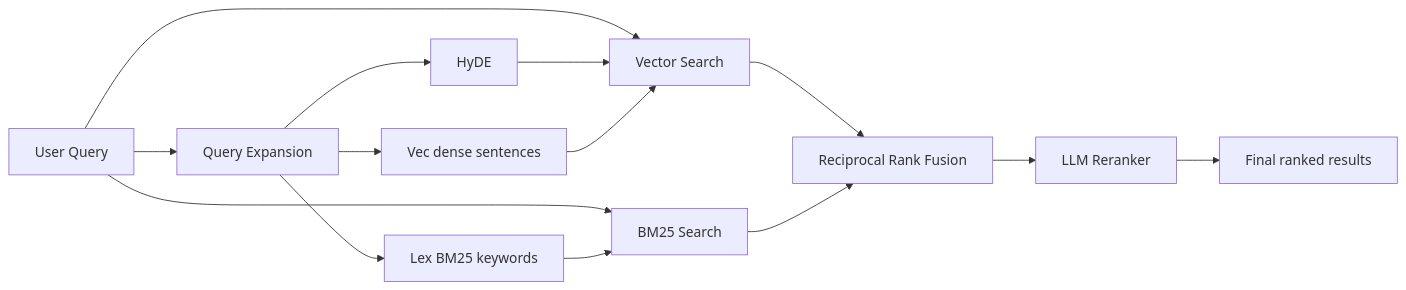
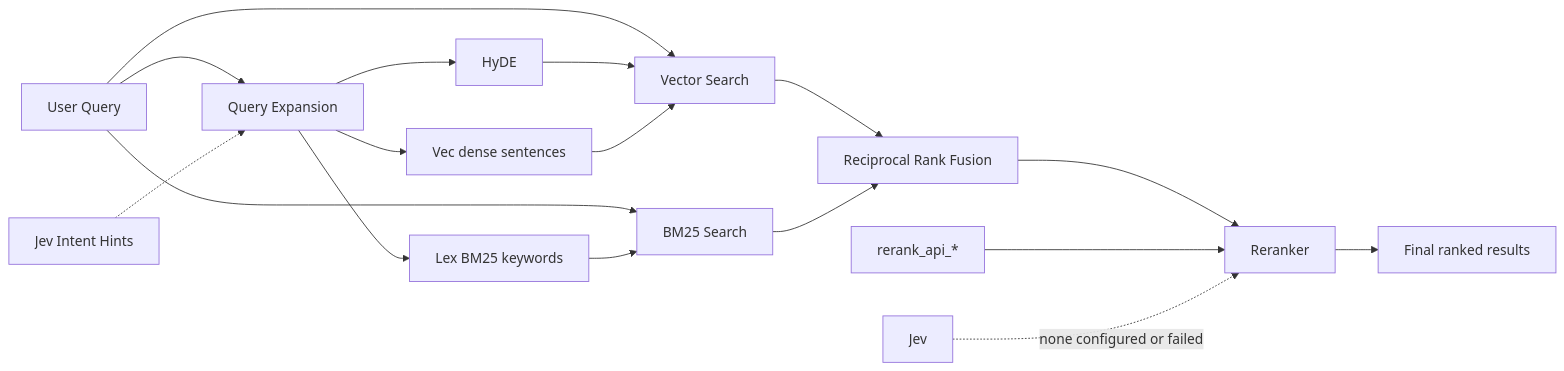
The diagram in README.md (wei840222/qmd), drawn with Mermaid before and after one commit. The commit also changed other lines of this file and 1 other file, not shown here.

First line of the commit message:
docs: bring README and AGENTS.md up to date with the rerank and Jev behavior

````diff
--- a/README.md
+++ b/README.md
@@ -7,16 +7,19 @@
 ```mermaid
 flowchart LR
   Q[User Query] --> X[Query Expansion]
   Q --> FTS[BM25 Search]
   Q --> VS[Vector Search]
+  JEV[Jev Intent Hints] -.-> X
   X --> HYDE[HyDE]
   X --> VEC[Vec dense sentences]
   X --> LEX[Lex BM25 keywords]
   HYDE --> VS
   VEC --> VS
   LEX --> FTS
   VS --> RRF[Reciprocal Rank Fusion]
   FTS --> RRF
-  RRF --> RR[LLM Reranker]
+  RRF --> RR[Reranker]
+  API[rerank_api_*] --> RR
+  JR[Jev] -.->|none configured or failed| RR
   RR --> OUT[Final ranked results]
 ```
````
